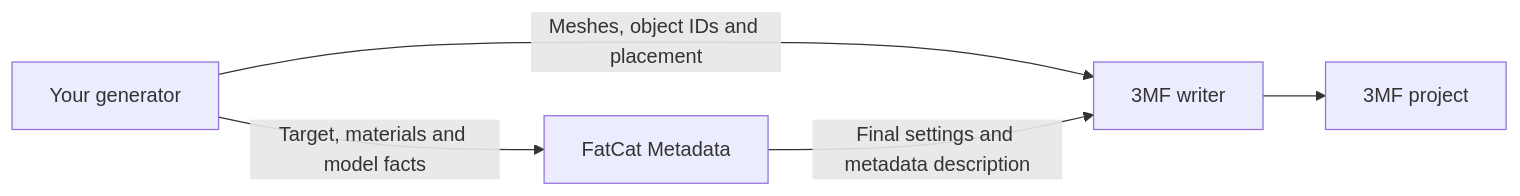
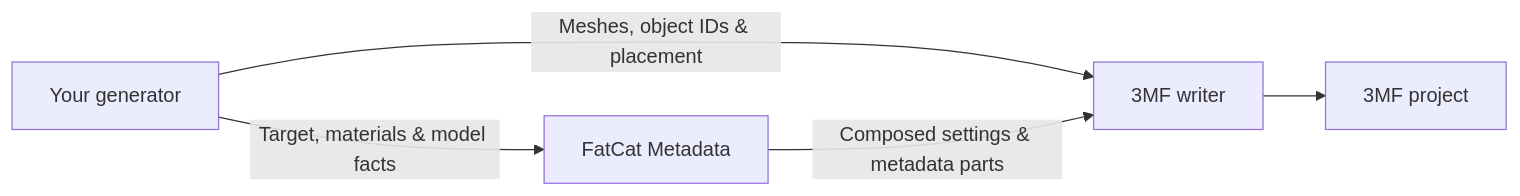
Before and after one commit to MOVIBALE/fatcat-metadata: the diagram in README.md, drawn with Mermaid. The commit also changed other lines of this file and 1 other file, not shown here.

````diff
--- a/README.md
+++ b/README.md
@@ -80,7 +25,7 @@
 ```mermaid
 flowchart LR
-    G[Your generator] -->|Target, materials and model facts| F[FatCat Metadata]
-    G -->|Meshes, object IDs and placement| W[3MF writer]
-    F -->|Final settings and metadata description| W
-    W --> P[3MF project]
+    G["Your generator"] -->|"Target, materials & model facts"| F["FatCat Metadata"]
+    G -->|"Meshes, object IDs & placement"| W["3MF writer"]
+    F -->|"Composed settings & metadata parts"| W
+    W --> P["3MF project"]
 ```
````
